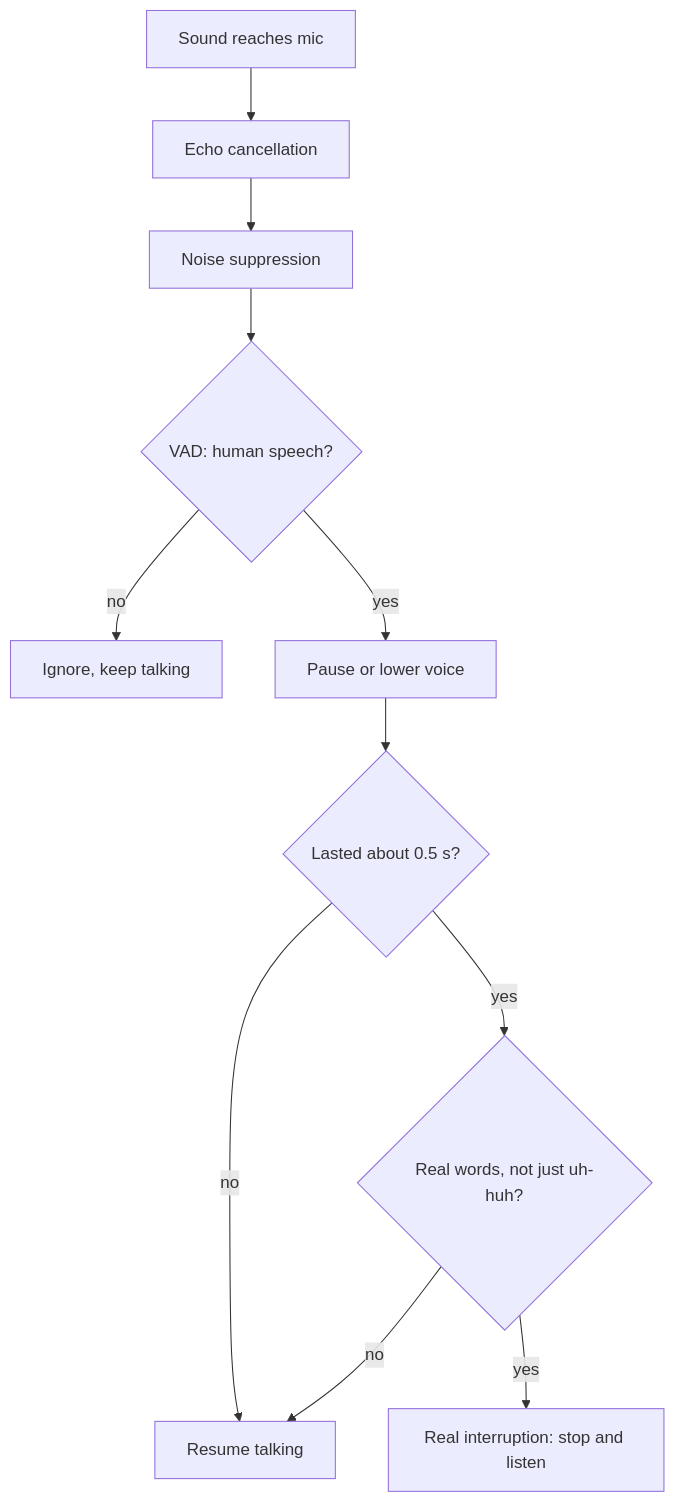
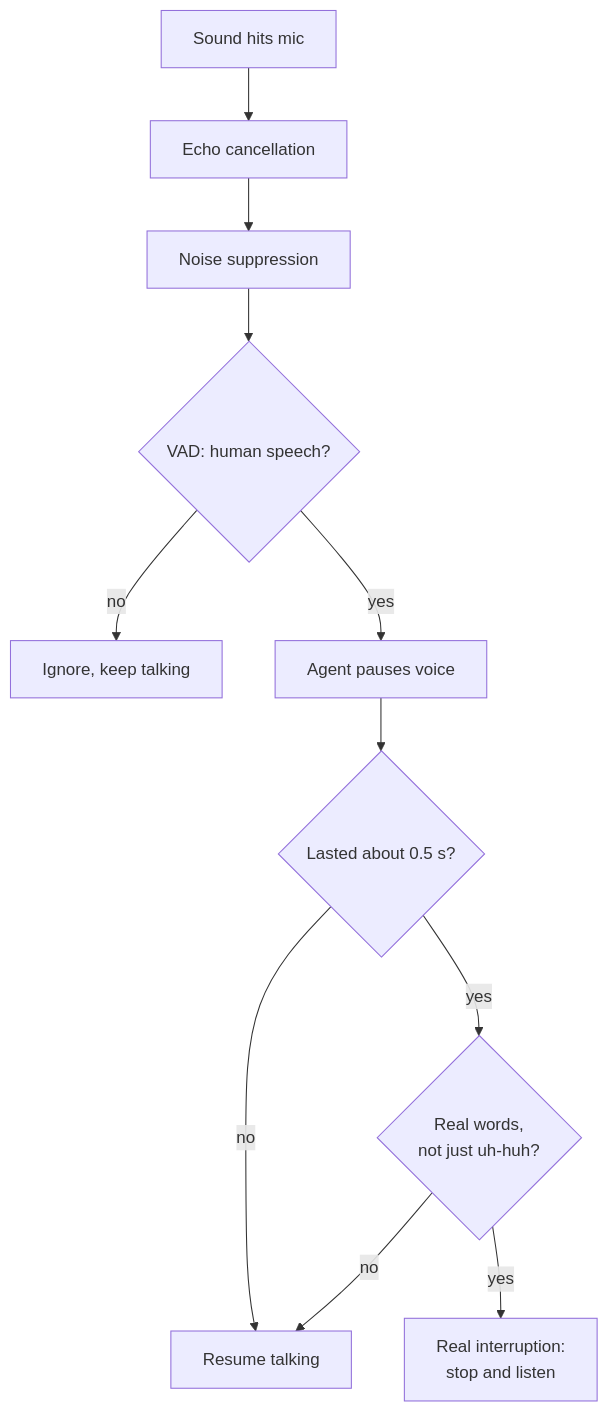
One commit to kaisarnajar/outcome-school-blogs changed the diagram in notes/step-16-ai-infrastructure-deployment-and-system-design/200-interruption-vs-background-noise.md. Above: the diagram before and after it, drawn with Mermaid. The commit also changed other lines of this file and 233 other files, not shown here.

````diff
--- a/notes/step-16-ai-infrastructure-deployment-and-system-design/200-interruption-vs-background-noise.md
+++ b/notes/step-16-ai-infrastructure-deployment-and-system-design/200-interruption-vs-background-noise.md
@@ -34,13 +31,13 @@
 ```mermaid
 flowchart TD
-    A["Sound reaches mic"] --> B["Echo cancellation"]
-    B --> C["Noise suppression"]
-    C --> D{"VAD: human speech?"}
-    D -->|"no"| K["Ignore, keep talking"]
-    D -->|"yes"| E["Pause or lower voice"]
-    E --> F{"Lasted about 0.5 s?"}
-    F -->|"no"| L["Resume talking"]
-    F -->|"yes"| G{"Real words, not just uh-huh?"}
-    G -->|"no"| L
-    G -->|"yes"| H["Real interruption: stop and listen"]
+A1["Sound hits mic"] --> B1["Echo cancellation"]
+B1 --> C1["Noise suppression"]
+C1 --> D1{"VAD: human speech?"}
+D1 -->|"no"| X1["Ignore, keep talking"]
+D1 -->|"yes"| E1["Agent pauses voice"]
+E1 --> F1{"Lasted about 0.5 s?"}
+F1 -->|"no"| R1["Resume talking"]
+F1 -->|"yes"| G1{"Real words,<br/>not just uh-huh?"}
+G1 -->|"no"| R1
+G1 -->|"yes"| H1["Real interruption:<br/>stop and listen"]
 ```
````
